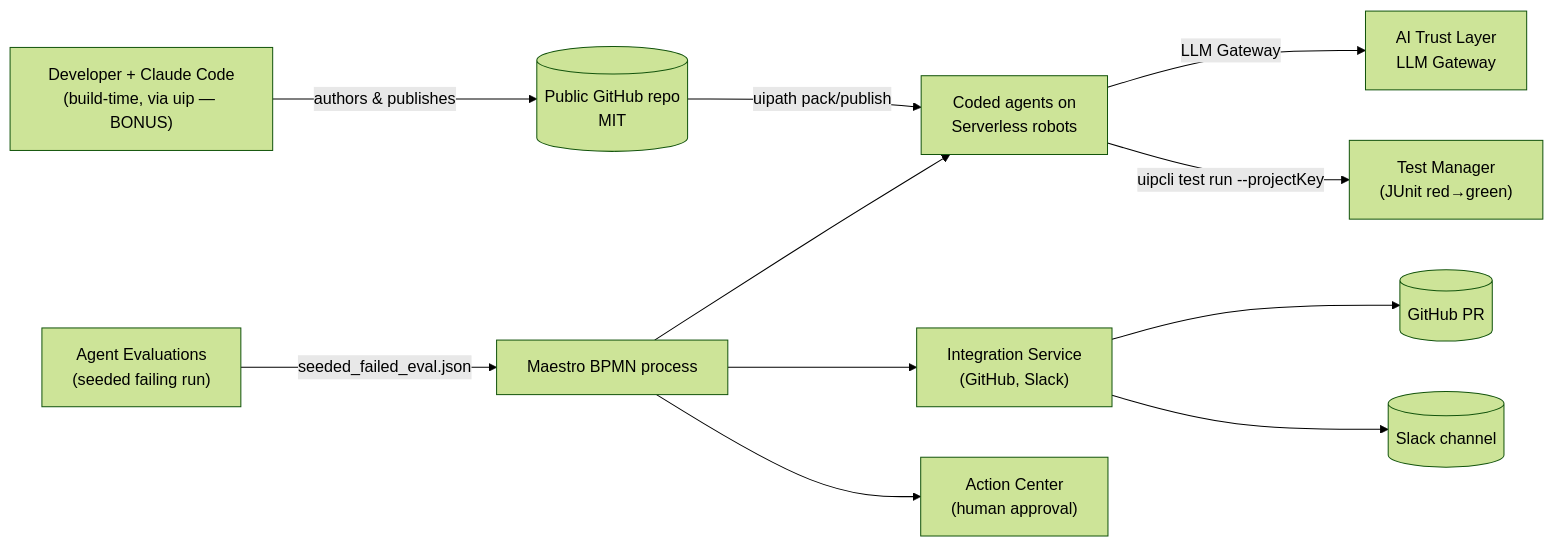
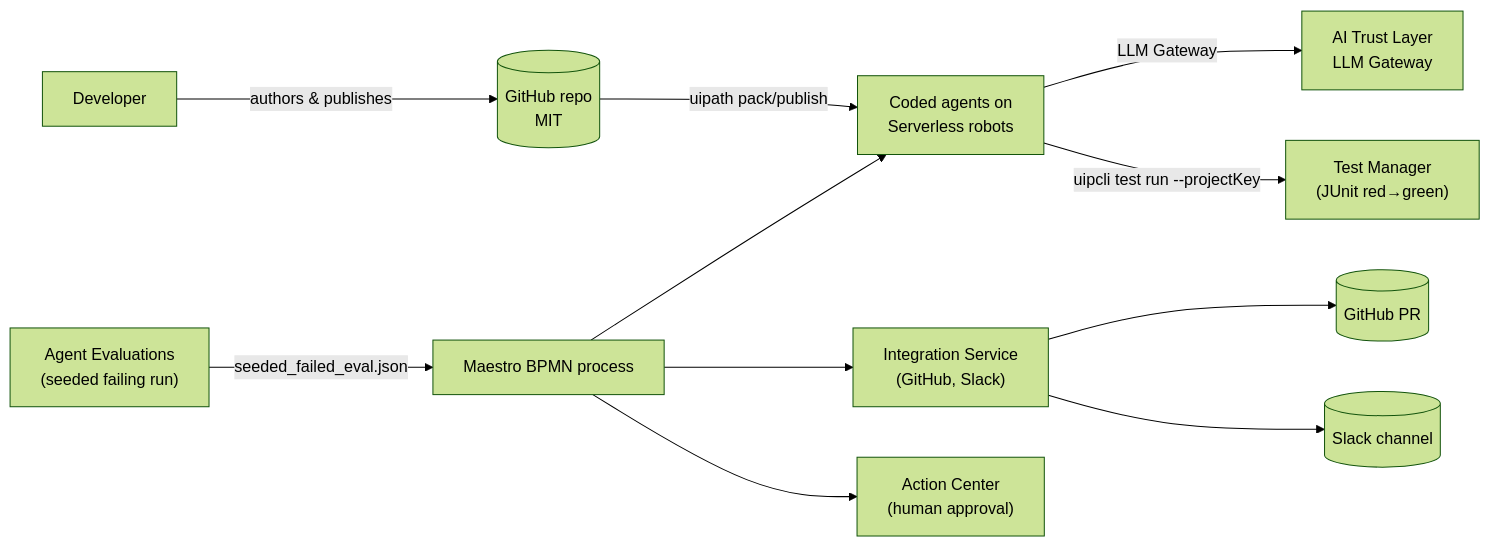
The first of 4 diagrams in docs/SYSTEM-DESIGN.md (Rayyan9477/TestPilot-QA-for-AI-Agents), drawn with Mermaid (forest theme) before and after one commit. The commit also changed other lines of this file and 36 other files, not shown here.

````diff
--- a/docs/SYSTEM-DESIGN.md
+++ b/docs/SYSTEM-DESIGN.md
@@ -10,13 +10,13 @@
 ```mermaid
 flowchart LR
-    DEV["Developer + Claude Code\n(build-time, via uip — BONUS)"] -->|authors & publishes| REPO[(Public GitHub repo\nMIT)]
+    DEV["Developer"] -->|authors & publishes| REPO[(GitHub repo\nMIT)]
     REPO -->|uipath pack/publish| SERVERLESS["Coded agents on\nServerless robots"]
     EVAL["Agent Evaluations\n(seeded failing run)"] -->|seeded_failed_eval.json| MAESTRO["Maestro BPMN process"]
     MAESTRO --> SERVERLESS
     MAESTRO --> IS["Integration Service\n(GitHub, Slack)"]
     MAESTRO --> AC["Action Center\n(human approval)"]
     SERVERLESS -->|LLM Gateway| TRUST["AI Trust Layer\nLLM Gateway"]
     SERVERLESS -->|uipcli test run --projectKey| TM["Test Manager\n(JUnit red→green)"]
     IS --> GH[(GitHub PR)]
     IS --> SLACK[(Slack channel)]
 ```
````
